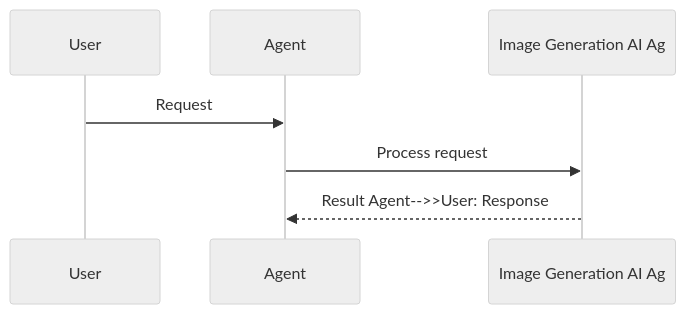
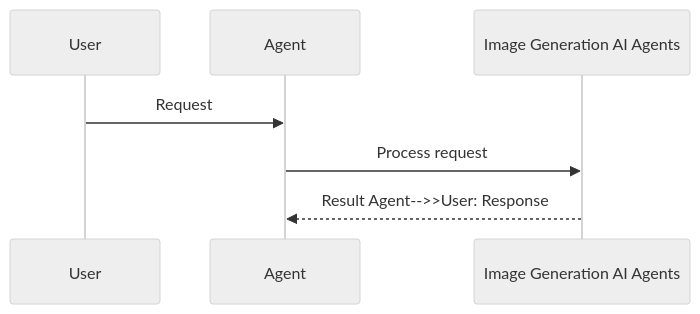
Before and after one commit to MervinPraison/PraisonAIDocs: the second of 2 diagrams in docs/features/image-generation.mdx, drawn with Mermaid (neutral theme). The commit also changed 45 other files, not shown here.

First line of the commit message:
docs: fix truncated Mermaid diagram feature names (22-char cutoff)

````diff
--- a/docs/features/image-generation.mdx
+++ b/docs/features/image-generation.mdx
@@ -39,10 +39,10 @@
 ```mermaid
 sequenceDiagram
     participant User
     participant Agent
-    participant Feature as Image Generation AI Ag
+    participant Feature as Image Generation AI Agents
 
     User->>Agent: Request
     Agent->>Feature: Process request
     Feature-->>Agent: Result    Agent-->>User: Response
 ```
````
